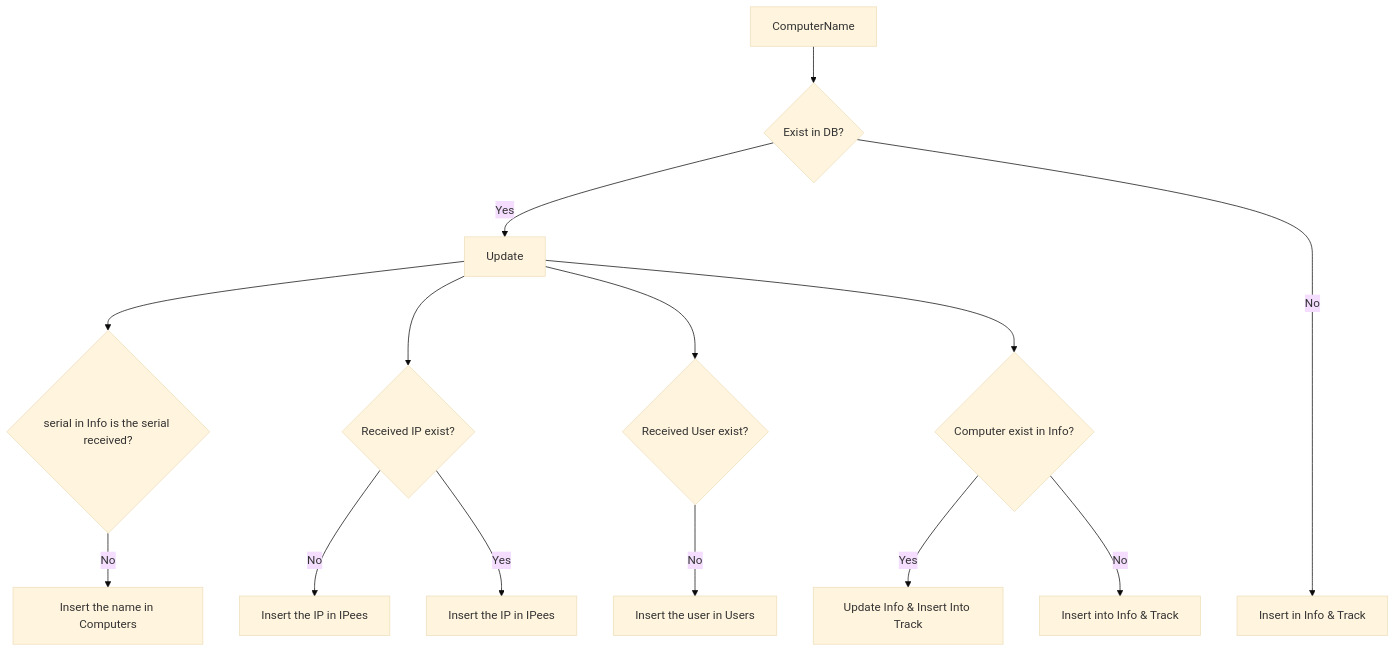
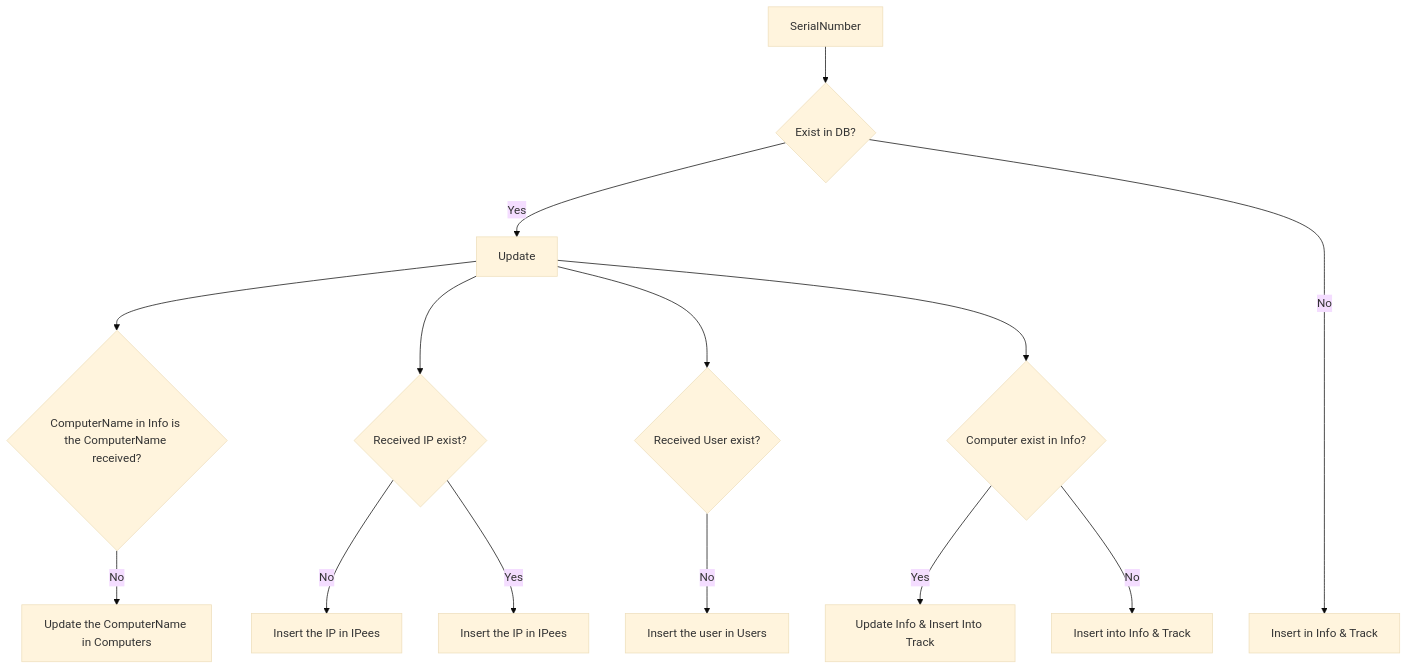
One commit to YazidEl7/Info_Project changed the second of 4 diagrams in README.md. Above: the diagram before and after it, drawn with Mermaid (base theme).

````diff
--- a/README.md
+++ b/README.md
@@ -36,16 +36,16 @@
 ```mermaid
 graph TD;
-    A[ComputerName] --> B{Exist in DB?};
+    A[SerialNumber] --> B{Exist in DB?};
     B -->|Yes| C[Update];
-    C --> D{serial in Info is the serial received?};
-    D --> |No| F[Insert the name in Computers];
+    C --> D{ComputerName in Info is the ComputerName received?};
+    D --> |No| F[Update the ComputerName in Computers];
     C --> G{Received IP exist?};
     G --> |No| H[Insert the IP in IPees];
     G --> |Yes| I[Insert the IP in IPees];
     C --> J{Received User exist?};
     J --> |No| K[Insert the user in Users];
     C --> L{Computer exist in Info?};
     L --> |Yes| M[Update Info & Insert Into Track];
     L --> |No| N[Insert into Info & Track];
     B ---->|No| E[Insert in Info & Track];
 ```
````
